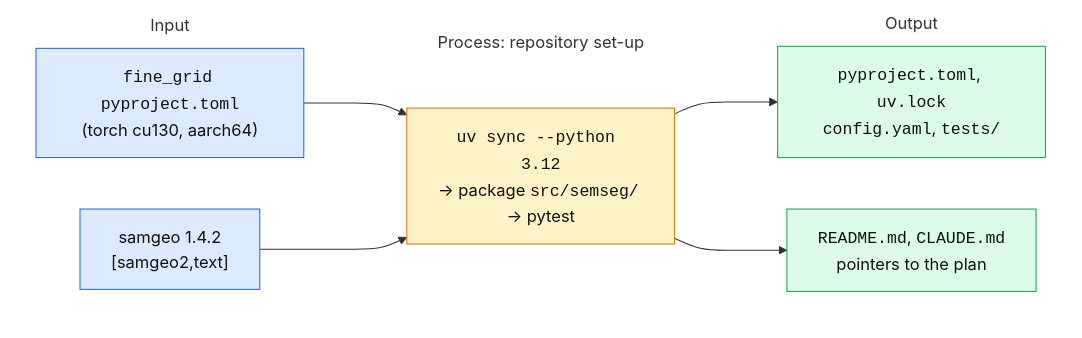
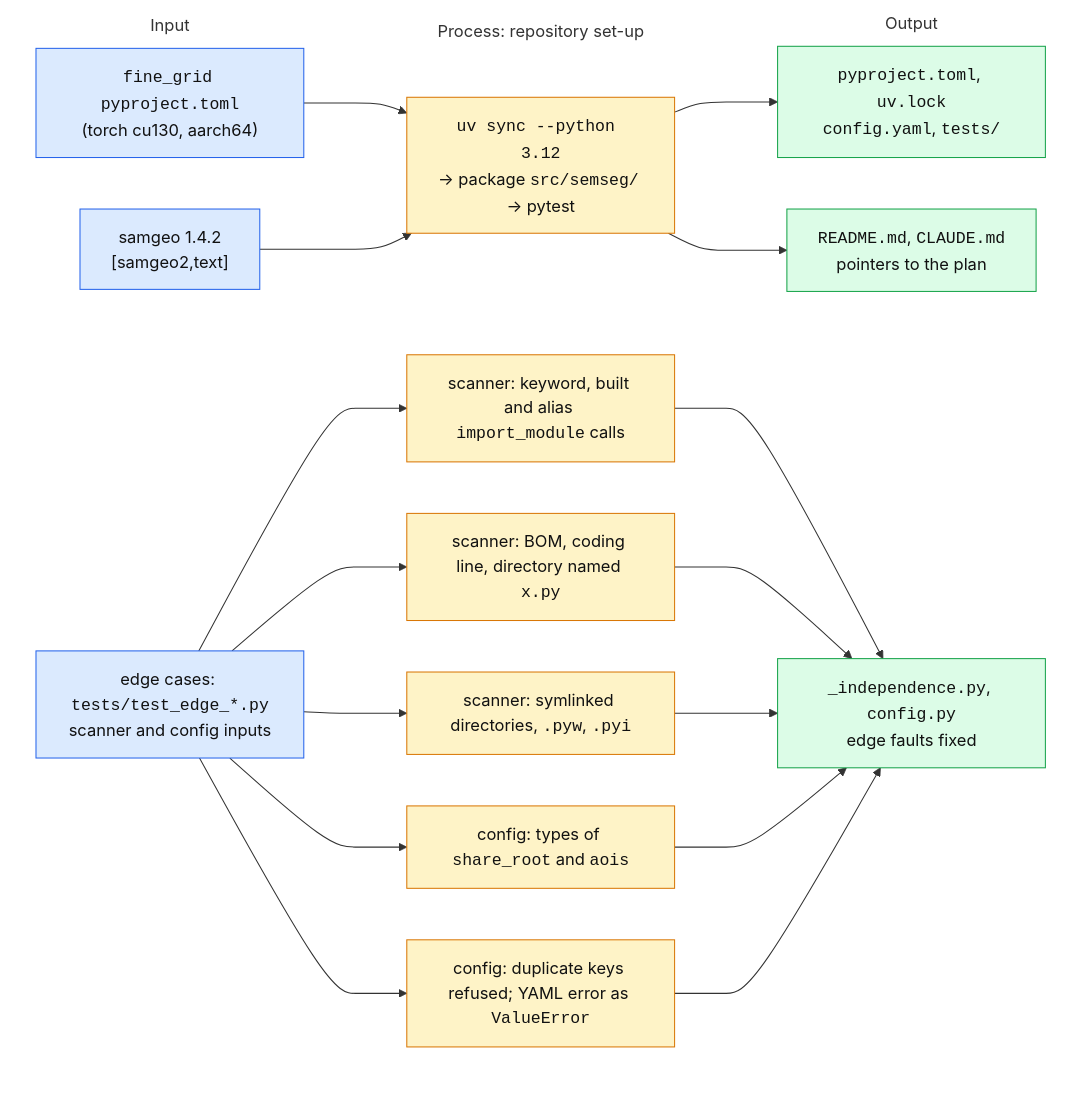
One commit to Lunseargen/usace-landuse-semantic-segmentation changed the third of 32 diagrams in PLAN.md. Above: the diagram before and after it, drawn with Mermaid. The commit also changed other lines of this file and 15 other files, not shown here.

````diff
--- a/PLAN.md
+++ b/PLAN.md
@@ -142,24 +142,41 @@
   ```mermaid
   flowchart LR
       subgraph I ["Input"]
           a["<code>fine_grid</code> <code>pyproject.toml</code><br/>(torch cu130, aarch64)"]:::in
           b["samgeo 1.4.2<br/>[samgeo2,text]"]:::in
+          c["edge cases: <code>tests/test_edge_*.py</code><br/>scanner and config inputs"]:::in
       end
       subgraph P ["Process: repository set-up"]
           p1["<code>uv sync --python 3.12</code><br/>→ package <code>src/semseg/</code> → pytest"]:::pr
+          e1["scanner: keyword, built and alias <code>import_module</code> calls"]:::pr
+          e2["scanner: BOM, coding line, directory named <code>x.py</code>"]:::pr
+          e3["scanner: symlinked directories, <code>.pyw</code>, <code>.pyi</code>"]:::pr
+          e4["config: types of <code>share_root</code> and <code>aois</code>"]:::pr
+          e5["config: duplicate keys refused; YAML error as <code>ValueError</code>"]:::pr
       end
       subgraph O ["Output"]
           o1["<code>pyproject.toml</code>, <code>uv.lock</code><br/><code>config.yaml</code>, <code>tests/</code>"]:::ou
           o2["<code>README.md</code>, <code>CLAUDE.md</code><br/>pointers to the plan"]:::ou
+          o3["<code>_independence.py</code>, <code>config.py</code><br/>edge faults fixed"]:::ou
       end
       a --> p1
       b --> p1
       p1 --> o1
       p1 --> o2
+      c --> e1
+      c --> e2
+      c --> e3
+      c --> e4
+      c --> e5
+      e1 --> o3
+      e2 --> o3
+      e3 --> o3
+      e4 --> o3
+      e5 --> o3
       classDef in fill:#dbeafe,stroke:#2563eb,color:#111
       classDef pr fill:#fef3c7,stroke:#d97706,color:#111
       classDef ou fill:#dcfce7,stroke:#16a34a,color:#111
       style I fill:none,stroke:none
       style P fill:none,stroke:none
       style O fill:none,stroke:none
   ```
````
